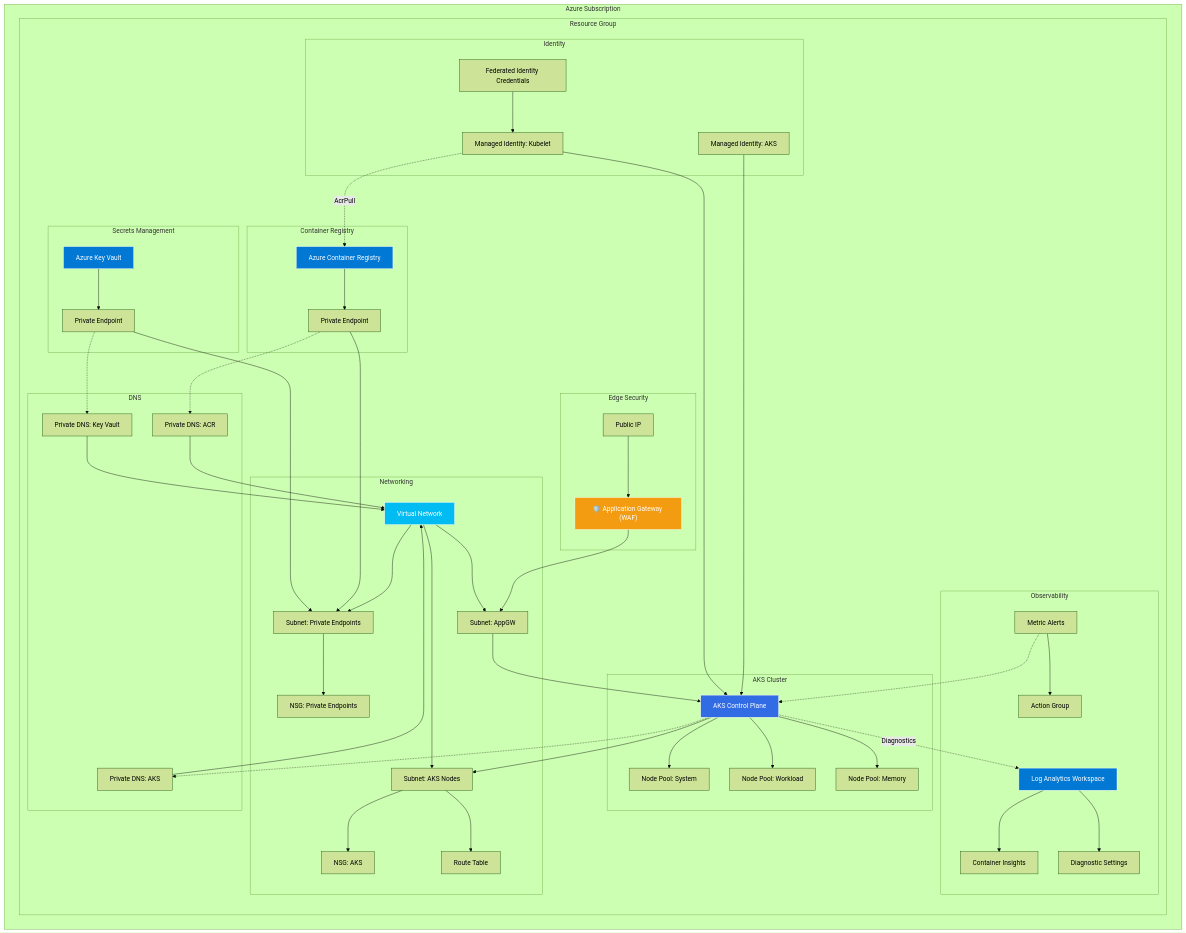
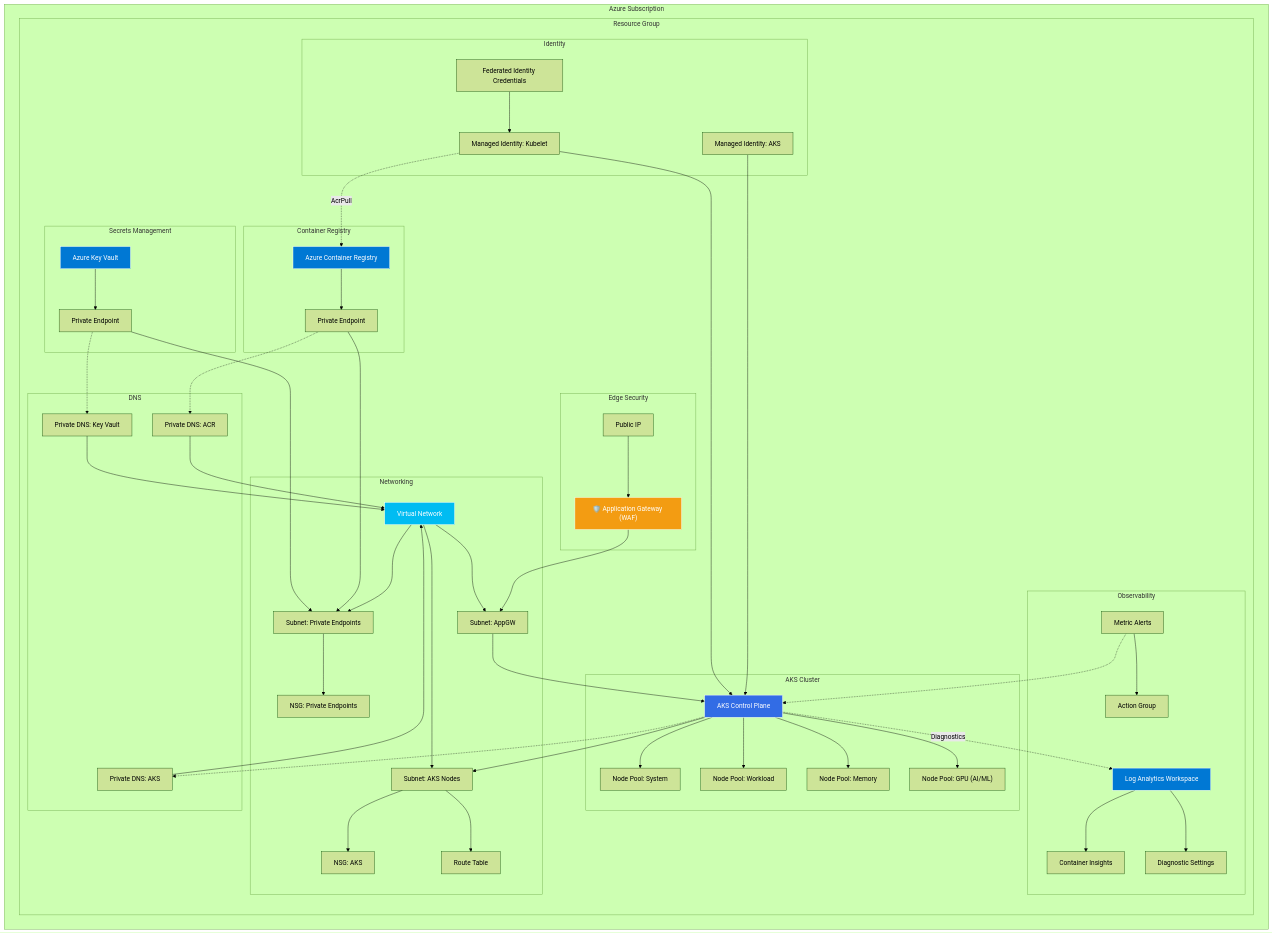
The first of 2 diagrams in docs/architecture.md (fyls237/plateform-aks-standards-entreprise), drawn with Mermaid (forest theme) before and after one commit. The commit also changed other lines of this file and 5 other files, not shown here.

First line of the commit message:
feat(aks): add GPU node pools support and AI infrastructure guide (#54)

```diff
--- a/docs/architecture.md
+++ b/docs/architecture.md
@@ -36,6 +36,7 @@
                 NP_SYS["Node Pool: System"]
                 NP_WORK["Node Pool: Workload"]
                 NP_MEM["Node Pool: Memory"]
+                NP_GPU["Node Pool: GPU (AI/ML)"]
             end
 
             subgraph "Container Registry"
@@ -82,6 +83,7 @@
     AKS --> NP_SYS
     AKS --> NP_WORK
     AKS --> NP_MEM
+    AKS --> NP_GPU
     AKS --> SNET_AKS
 
     ACR --> ACR_PE --> SNET_PE
```
